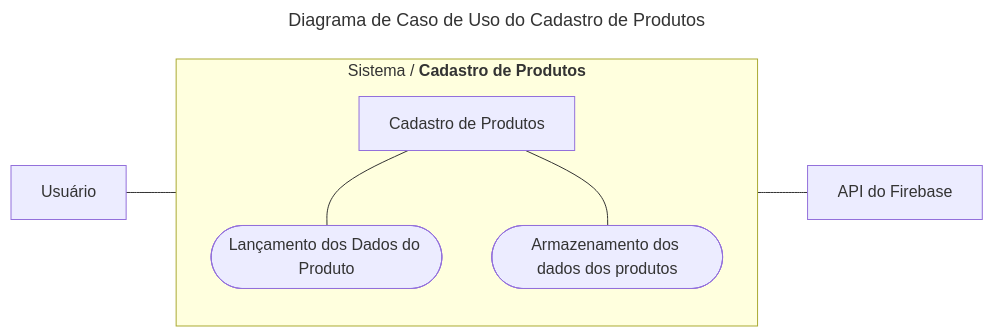
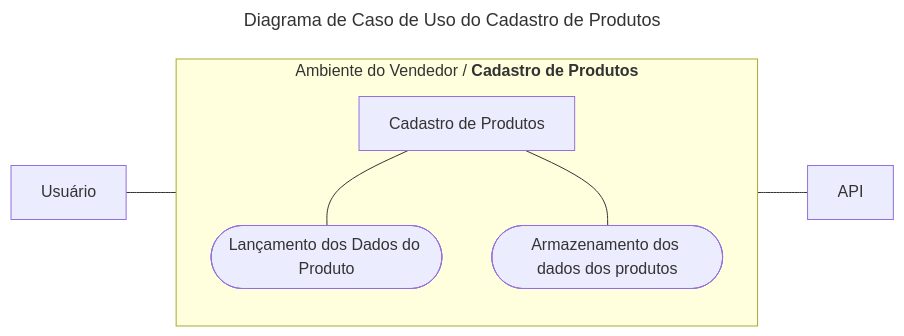
The fourth of 24 diagrams in engenharia/diagrams.md (h4mn/fatec_tarefas), drawn with Mermaid before and after one commit. The commit also changed other lines of this file and 2 other files, not shown here.

````diff
--- a/engenharia/diagrams.md
+++ b/engenharia/diagrams.md
@@ -102,13 +102,13 @@
 ```mermaid
 ---
 title: Diagrama de Caso de Uso do Cadastro de Produtos
 ---
 graph LR
     A[Usuário] --- B[Cadastro de Produtos]
-    subgraph "`Sistema / **Cadastro de Produtos**`"
+    subgraph "`Ambiente do Vendedor / **Cadastro de Produtos**`"
         direction TB
         B --- C([Lançamento dos Dados do Produto])
         B --- D([Armazenamento dos dados dos produtos])
     end
-    D --- F[API do Firebase]
+    D --- F[API]
 ```
````
